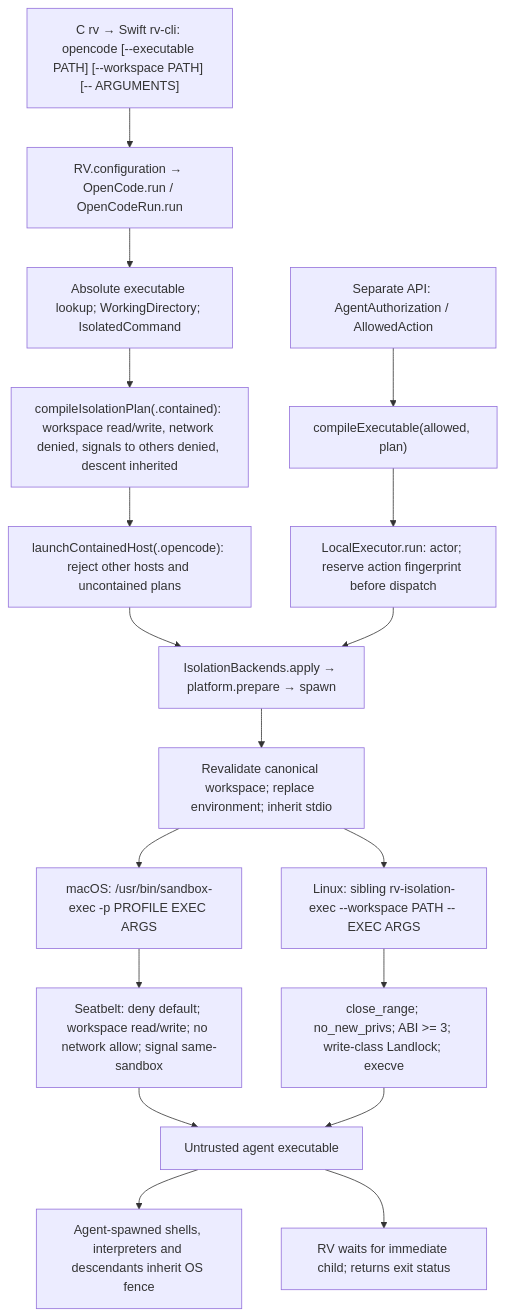
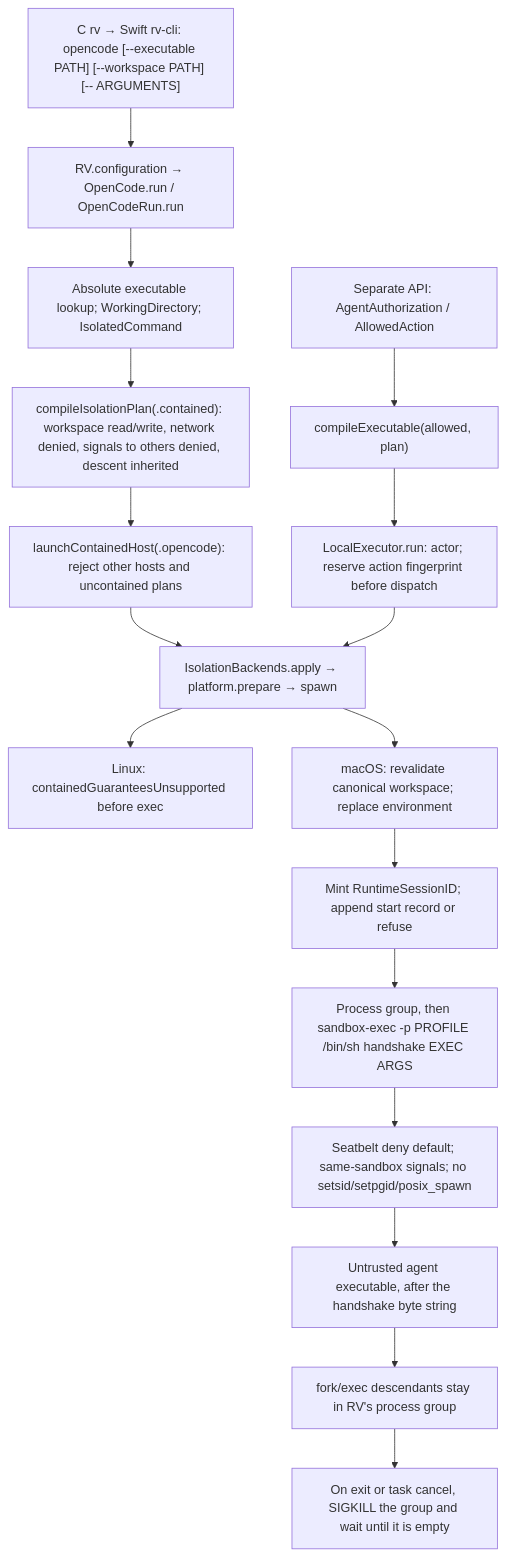
The diagram in docs/security/runtime-boundary.md (christopherkarani/rv), drawn with Mermaid before and after one commit. The commit also changed other lines of this file and 20 other files, not shown here.

First line of the commit message:
Own the lifetime of a contained macOS launch.

````diff
--- a/docs/security/runtime-boundary.md
+++ b/docs/security/runtime-boundary.md
@@ -7,21 +7,20 @@
 ```mermaid
 flowchart TD
     CLI["C rv → Swift rv-cli: opencode [--executable PATH] [--workspace PATH] [-- ARGUMENTS]"] --> Parse["RV.configuration → OpenCode.run / OpenCodeRun.run"]
     Parse --> Resolve["Absolute executable lookup; WorkingDirectory; IsolatedCommand"]
     Resolve --> Plan["compileIsolationPlan(.contained): workspace read/write, network denied, signals to others denied, descent inherited"]
     Plan --> Launch["launchContainedHost(.opencode): reject other hosts and uncontained plans"]
     Launch --> Apply["IsolationBackends.apply → platform.prepare → spawn"]
-    Apply --> Env["Revalidate canonical workspace; replace environment; inherit stdio"]
-    Env --> Mac["macOS: /usr/bin/sandbox-exec -p PROFILE EXEC ARGS"]
-    Env --> Linux["Linux: sibling rv-isolation-exec --workspace PATH -- EXEC ARGS"]
-    Mac --> Seatbelt["Seatbelt: deny default; workspace read/write; no network allow; signal same-sandbox"]
-    Linux --> Landlock["close_range; no_new_privs; ABI >= 3; write-class Landlock; execve"]
-    Seatbelt --> Agent["Untrusted agent executable"]
-    Landlock --> Agent
-    Agent --> Children["Agent-spawned shells, interpreters and descendants inherit OS fence"]
-    Agent --> Wait["RV waits for immediate child; returns exit status"]
+    Apply --> Linux["Linux: containedGuaranteesUnsupported before exec"]
+    Apply --> Env["macOS: revalidate canonical workspace; replace environment"]
+    Env --> Record["Mint RuntimeSessionID; append start record or refuse"]
+    Record --> Mac["Process group, then sandbox-exec -p PROFILE /bin/sh handshake EXEC ARGS"]
+    Mac --> Seatbelt["Seatbelt deny default; same-sandbox signals; no setsid/setpgid/posix_spawn"]
+    Seatbelt --> Agent["Untrusted agent executable, after the handshake byte string"]
+    Agent --> Children["fork/exec descendants stay in RV's process group"]
+    Children --> Wait["On exit or task cancel, SIGKILL the group and wait until it is empty"]
 
     Authorization["Separate API: AgentAuthorization / AllowedAction"] --> Compile["compileExecutable(allowed, plan)"]
     Compile --> Executor["LocalExecutor.run: actor; reserve action fingerprint before dispatch"]
     Executor --> Apply
 ```
````
